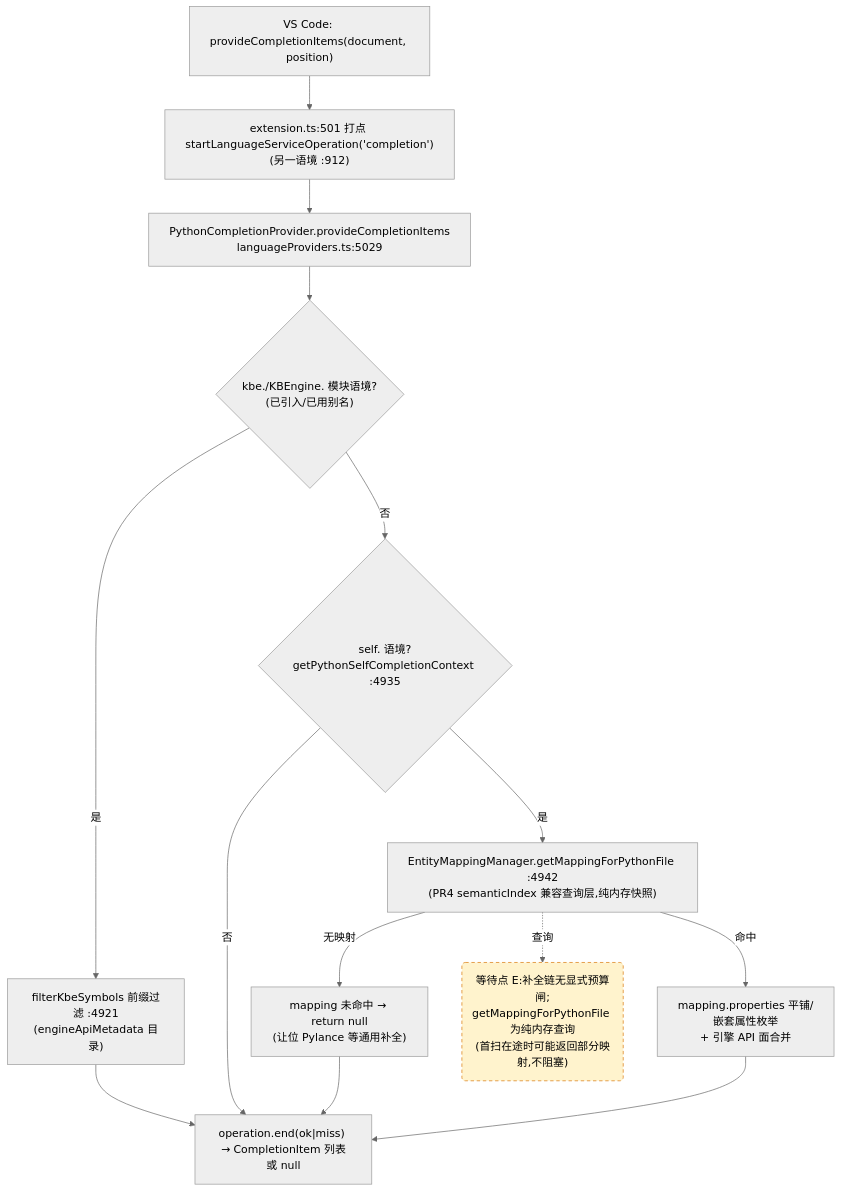
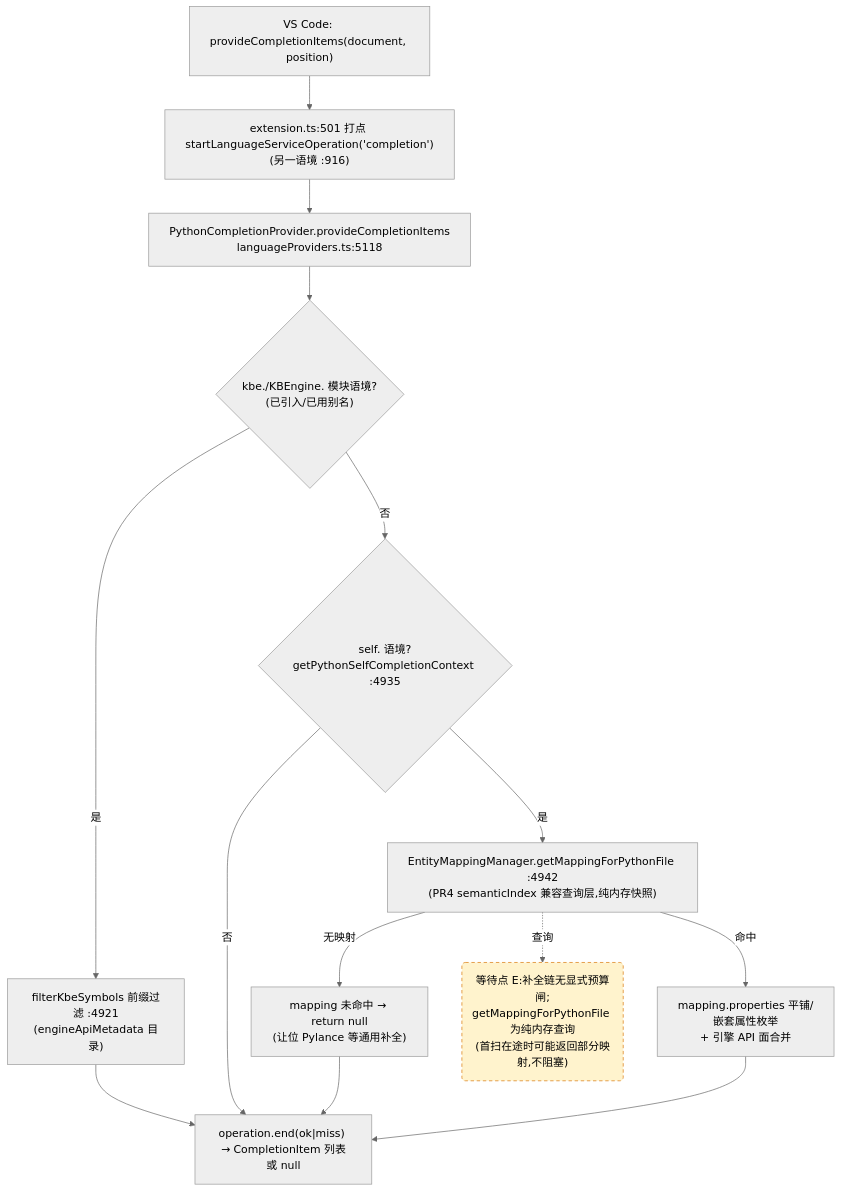
One commit to cuihairu/kode changed the third of 4 diagrams in docs/perf/2026-baseline.md. Above: the diagram before and after it, drawn with Mermaid (neutral theme). The commit also changed other lines of this file and 4 other files, not shown here.

````diff
--- a/docs/perf/2026-baseline.md
+++ b/docs/perf/2026-baseline.md
@@ -184,27 +184,27 @@
 ```mermaid
 flowchart TD
   VC3["VS Code: provideCompletionItems(document, position)"]
-  M3["extension.ts:501 打点 startLanguageServiceOperation('completion')<br/>(另一语境 :912)"]
-  CP["PythonCompletionProvider.provideCompletionItems<br/>languageProviders.ts:5029"]
+  M3["extension.ts:501 打点 startLanguageServiceOperation('completion')<br/>(另一语境 :916)"]
+  CP["PythonCompletionProvider.provideCompletionItems<br/>languageProviders.ts:5118"]
   KBEC{"kbe./KBEngine. 模块语境?<br/>(已引入/已用别名)"}
   FILTER["filterKbeSymbols 前缀过滤 :4921<br/>(engineApiMetadata 目录)"]
   SELFC{"self. 语境?<br/>getPythonSelfCompletionContext :4935"}
   MAP["EntityMappingManager.getMappingForPythonFile :4942<br/>(PR4 semanticIndex 兼容查询层,纯内存快照)"]
   NOMAP["mapping 未命中 → return null<br/>(让位 Pylance 等通用补全)"]
   PROPS["mapping.properties 平铺/嵌套属性枚举<br/>+ 引擎 API 面合并"]
   END3["operation.end(ok|miss) → CompletionItem 列表或 null"]
 
   VC3 --> M3 --> CP --> KBEC
   KBEC -- "是" --> FILTER --> END3
   KBEC -- "否" --> SELFC
   SELFC -- "否" --> END3
   SELFC -- "是" --> MAP
   MAP -- "无映射" --> NOMAP --> END3
   MAP -- "命中" --> PROPS --> END3
 
   WAITE("等待点 E:补全链无显式预算闸;<br/>getMappingForPythonFile 为纯内存查询<br/>(首扫在途时可能返回部分映射,不阻塞)")
   MAP -.->|查询| WAITE
 
   classDef waitPoint fill:#fff3cd,stroke:#d97706,stroke-dasharray:5 4;
   class WAITE waitPoint;
 ```
````
